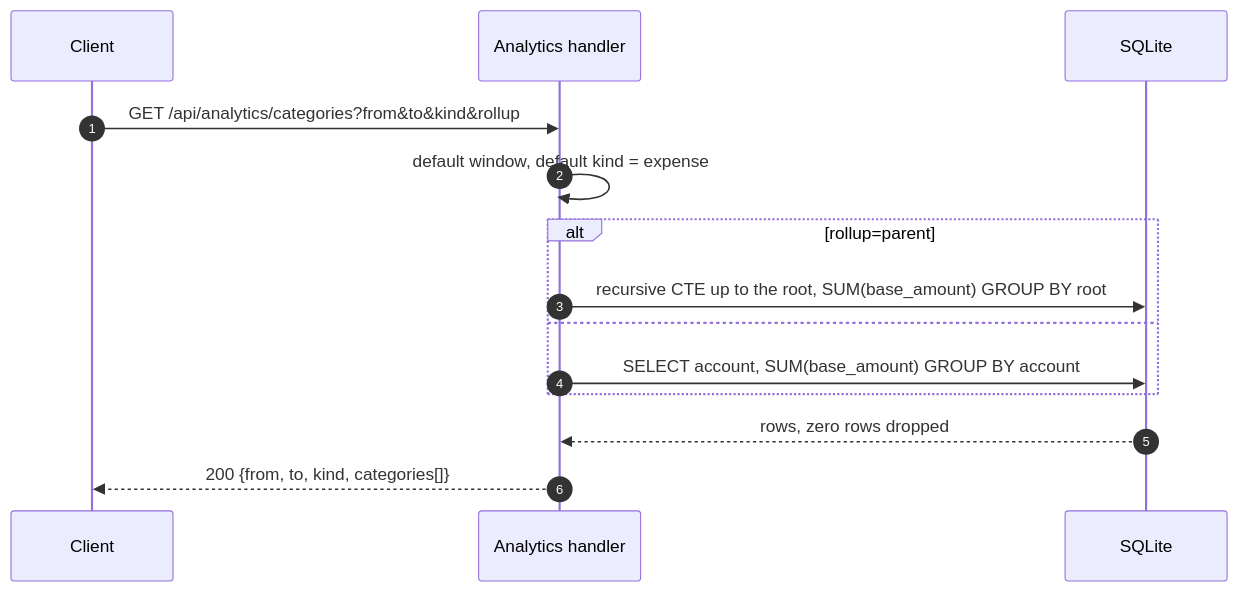
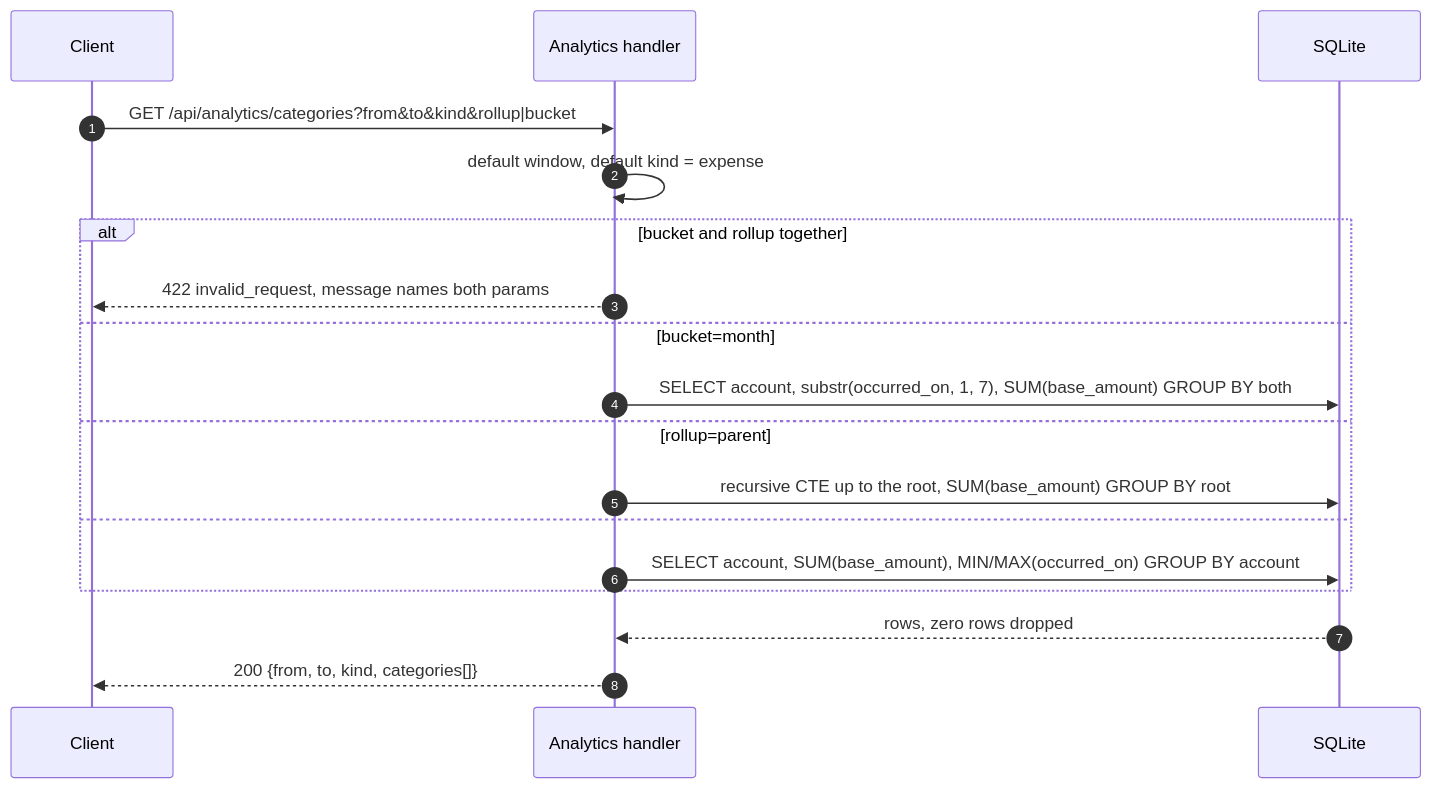
One commit to dimasbaguspm/spenicle changed the diagram in docs/endpoints/GET_api_analytics_categories.md. Above: the diagram before and after it, drawn with Mermaid. The commit also changed other lines of this file and 67 other files, not shown here.

````diff
--- a/docs/endpoints/GET_api_analytics_categories.md
+++ b/docs/endpoints/GET_api_analytics_categories.md
@@ -56,16 +70,20 @@
 ```mermaid
 sequenceDiagram
     autonumber
     participant C as Client
     participant H as Analytics handler
     participant DB as SQLite
-    C->>H: GET /api/analytics/categories?from&to&kind&rollup
+    C->>H: GET /api/analytics/categories?from&to&kind&rollup|bucket
     H->>H: default window, default kind = expense
-    alt rollup=parent
+    alt bucket and rollup together
+        H-->>C: 422 invalid_request, message names both params
+    else bucket=month
+        H->>DB: SELECT account, substr(occurred_on, 1, 7), SUM(base_amount) GROUP BY both
+    else rollup=parent
         H->>DB: recursive CTE up to the root, SUM(base_amount) GROUP BY root
     else
-        H->>DB: SELECT account, SUM(base_amount) GROUP BY account
+        H->>DB: SELECT account, SUM(base_amount), MIN/MAX(occurred_on) GROUP BY account
     end
     DB-->>H: rows, zero rows dropped
     H-->>C: 200 {from, to, kind, categories[]}
 ```
````
